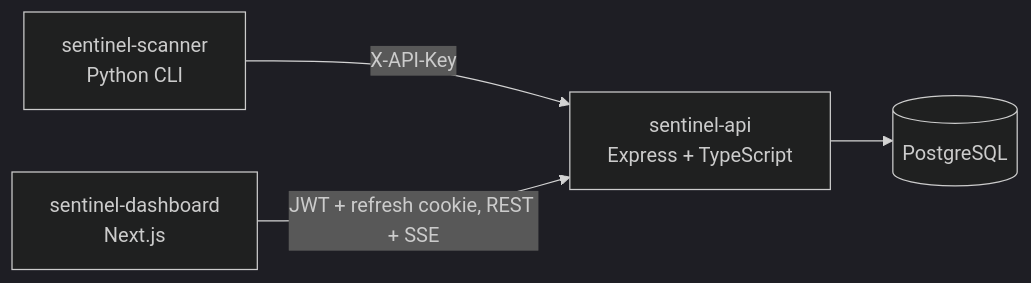
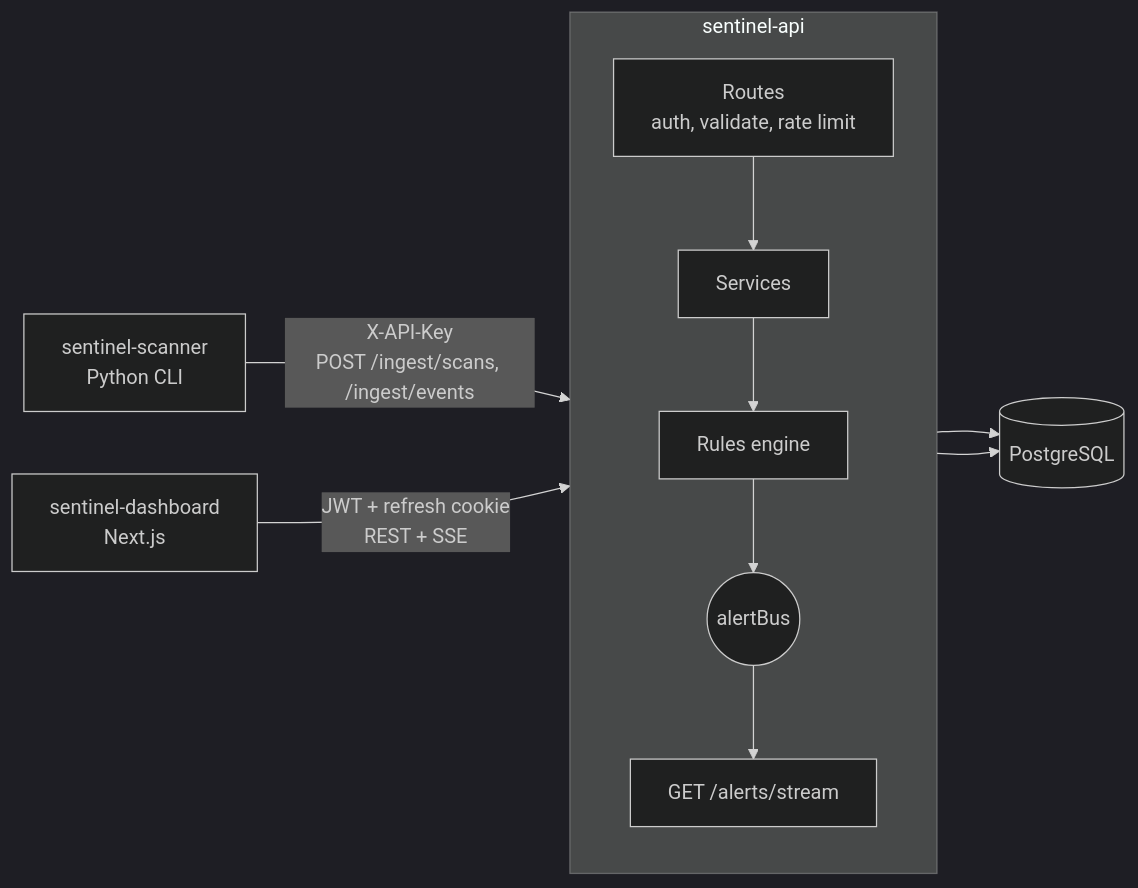
The first of 2 diagrams in README.md (MundatiC/sentinel-api), drawn with Mermaid (dark theme) before and after one commit. The commit also changed other lines of this file and 26 other files, not shown here.

First line of the commit message:
docs: OpenAPI, threat model, security policy; feat: incidents timeline

````diff
--- a/README.md
+++ b/README.md
@@ -14,6 +15,14 @@
 ```mermaid
 flowchart LR
-  S[sentinel-scanner<br/>Python CLI] -- "X-API-Key" --> A[sentinel-api<br/>Express + TypeScript]
-  D[sentinel-dashboard<br/>Next.js] -- "JWT + refresh cookie, REST + SSE" --> A
-  A --> P[(PostgreSQL)]
+  S[sentinel-scanner<br/>Python CLI] -- "X-API-Key<br/>POST /ingest/scans, /ingest/events" --> A
+  D[sentinel-dashboard<br/>Next.js] -- "JWT + refresh cookie<br/>REST + SSE" --> A
+  subgraph A [sentinel-api]
+    direction TB
+    R[Routes<br/>auth, validate, rate limit] --> SV[Services]
+    SV --> E[Rules engine]
+    E --> BUS((alertBus))
+    BUS --> SSE[GET /alerts/stream]
+  end
+  SV --> P[(PostgreSQL)]
+  E --> P
 ```
````
